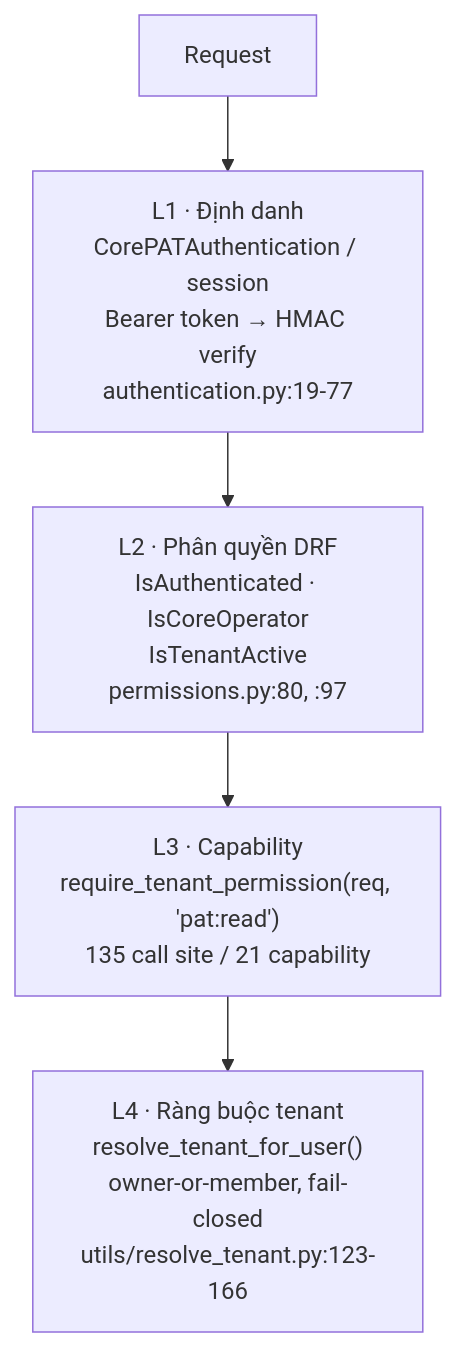
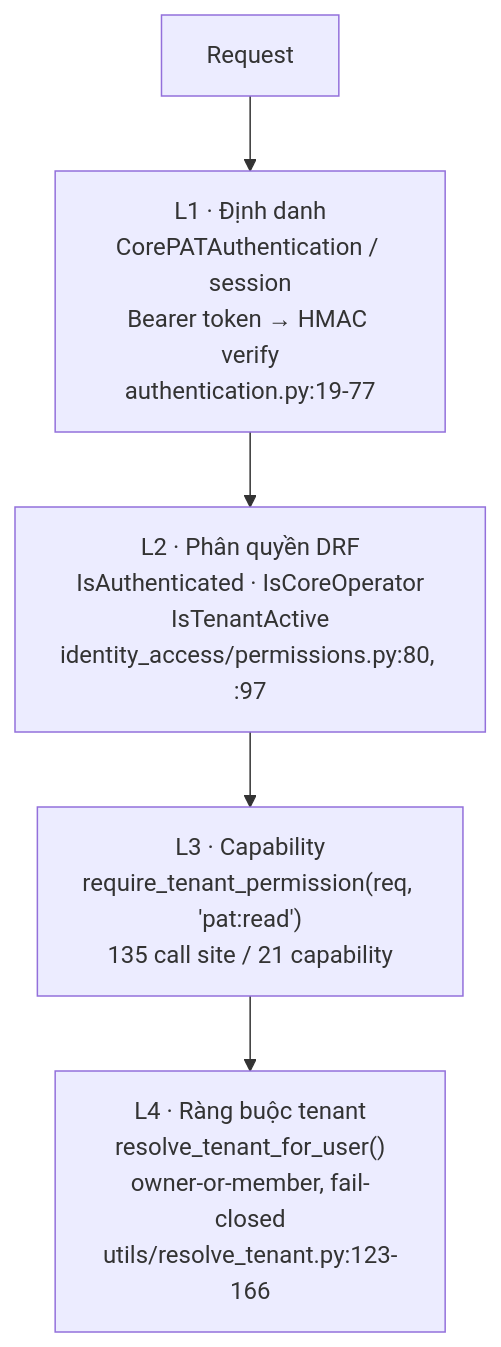
One commit to vietdungiitb/vninvest changed the fifth of 5 diagrams in docs/architecture/D01_AS_IS_OVERVIEW_AND_AUDIT.md. Above: the diagram before and after it, drawn with Mermaid. The commit also changed other lines of this file and 7 other files, not shown here.

````diff
--- a/docs/architecture/D01_AS_IS_OVERVIEW_AND_AUDIT.md
+++ b/docs/architecture/D01_AS_IS_OVERVIEW_AND_AUDIT.md
@@ -279,11 +279,11 @@
 ```mermaid
 flowchart TD
     A["Request"] --> L1
     L1["L1 · Định danh<br/>CorePATAuthentication / session<br/>Bearer token → HMAC verify<br/>authentication.py:19-77"]
     L1 --> L2
-    L2["L2 · Phân quyền DRF<br/>IsAuthenticated · IsCoreOperator<br/>IsTenantActive<br/>permissions.py:80, :97"]
+    L2["L2 · Phân quyền DRF<br/>IsAuthenticated · IsCoreOperator<br/>IsTenantActive<br/>identity_access/permissions.py:80, :97"]
     L2 --> L3
     L3["L3 · Capability<br/>require_tenant_permission(req, 'pat:read')<br/>135 call site / 21 capability"]
     L3 --> L4
     L4["L4 · Ràng buộc tenant<br/>resolve_tenant_for_user()<br/>owner-or-member, fail-closed<br/>utils/resolve_tenant.py:123-166"]
 ```
````
